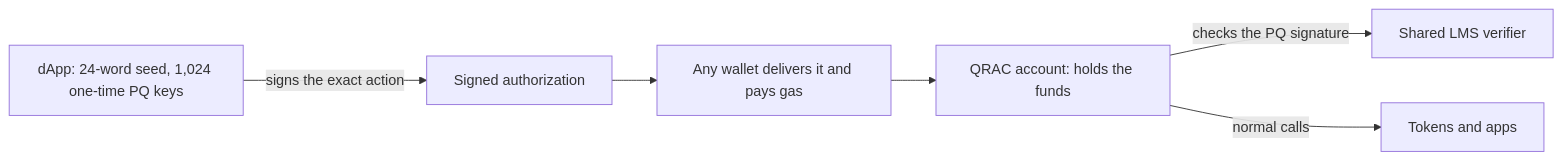
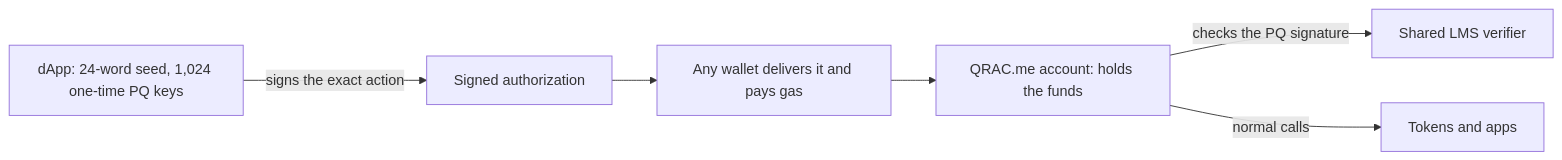
Before and after one commit to ariutokintumi/QRAC: the diagram in README.md, drawn with Mermaid. The commit also changed other lines of this file and 10 other files, not shown here.

````diff
--- a/README.md
+++ b/README.md
@@ -23,8 +25,8 @@
 ```mermaid
 flowchart LR
   U[dApp: 24-word seed, 1,024 one-time PQ keys] -->|signs the exact action| A[Signed authorization]
   A --> G[Any wallet delivers it and pays gas]
-  G --> C[QRAC account: holds the funds]
+  G --> C[QRAC.me account: holds the funds]
   C -->|checks the PQ signature| V[Shared LMS verifier]
   C -->|normal calls| P[Tokens and apps]
 ```
````
